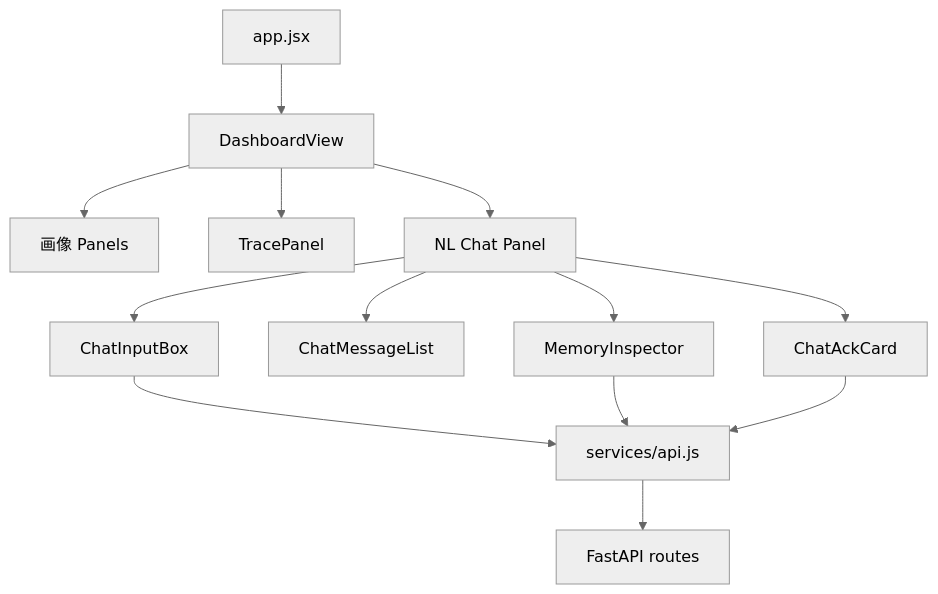
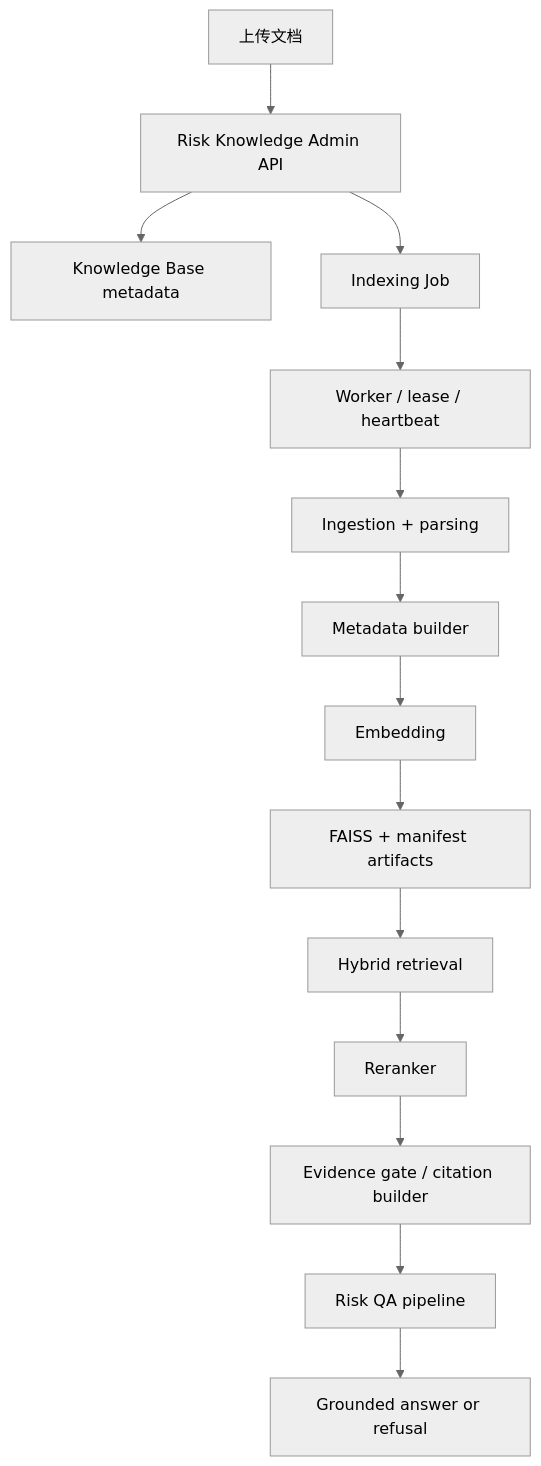
One commit to lizheng33193/CHORD changed the fourth of 4 diagrams in README.md. Above: the diagram before and after it, drawn with Mermaid (neutral theme). The commit also changed other lines of this file, not shown here.

````diff
--- a/README.md
+++ b/README.md
@@ -481,15 +170,16 @@
 ```mermaid
 flowchart TD
-  App["app.jsx"] --> Dashboard["DashboardView"]
-  Dashboard --> Panels["画像 Panels"]
-  Dashboard --> Trace["TracePanel"]
-  Dashboard --> ChatPanel["NL Chat Panel"]
-  ChatPanel --> ChatInput["ChatInputBox"]
-  ChatPanel --> ChatMessages["ChatMessageList"]
-  ChatPanel --> MemoryInspector["MemoryInspector"]
-  ChatPanel --> AckCard["ChatAckCard"]
-  ChatInput --> API["services/api.js"]
-  MemoryInspector --> API
-  AckCard --> API
-  API --> Backend["FastAPI routes"]
+  Upload["上传文档"] --> Admin["Risk Knowledge Admin API"]
+  Admin --> KB["Knowledge Base metadata"]
+  Admin --> Job["Indexing Job"]
+  Job --> Worker["Worker / lease / heartbeat"]
+  Worker --> Ingest["Ingestion + parsing"]
+  Ingest --> Meta["Metadata builder"]
+  Meta --> Embed["Embedding"]
+  Embed --> Faiss["FAISS + manifest artifacts"]
+  Faiss --> Retrieve["Hybrid retrieval"]
+  Retrieve --> Rerank["Reranker"]
+  Rerank --> Evidence["Evidence gate / citation builder"]
+  Evidence --> QA["Risk QA pipeline"]
+  QA --> Answer["Grounded answer or refusal"]
 ```
````
